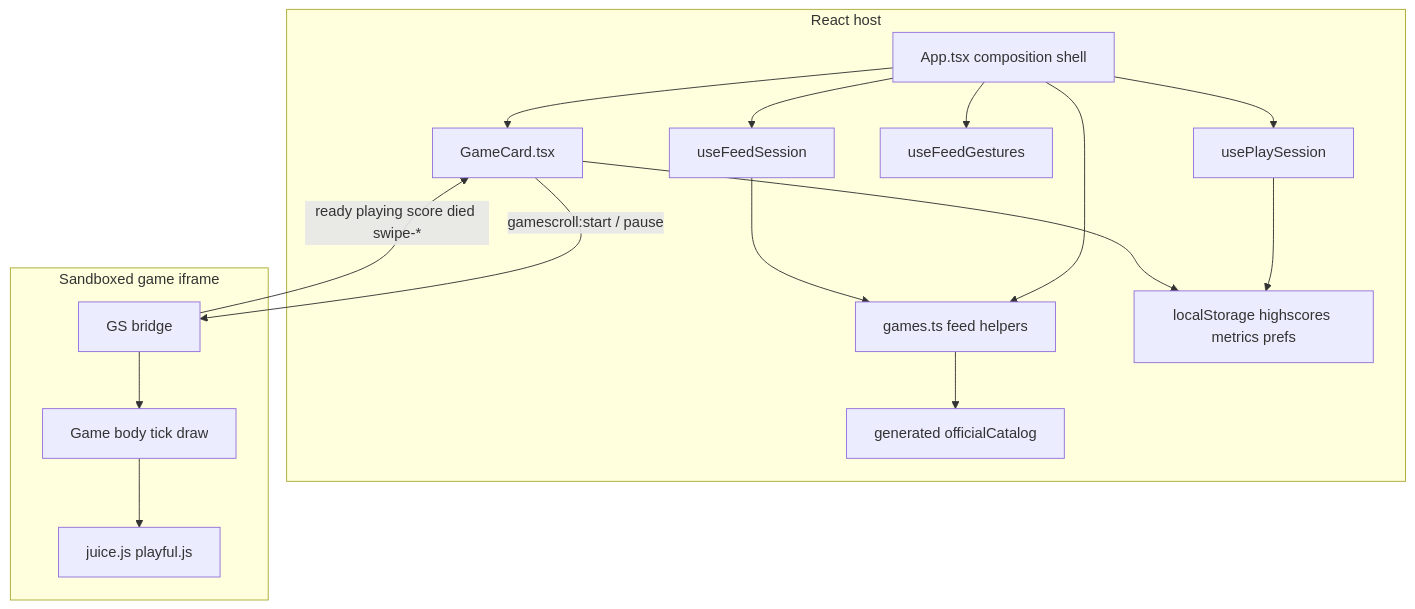
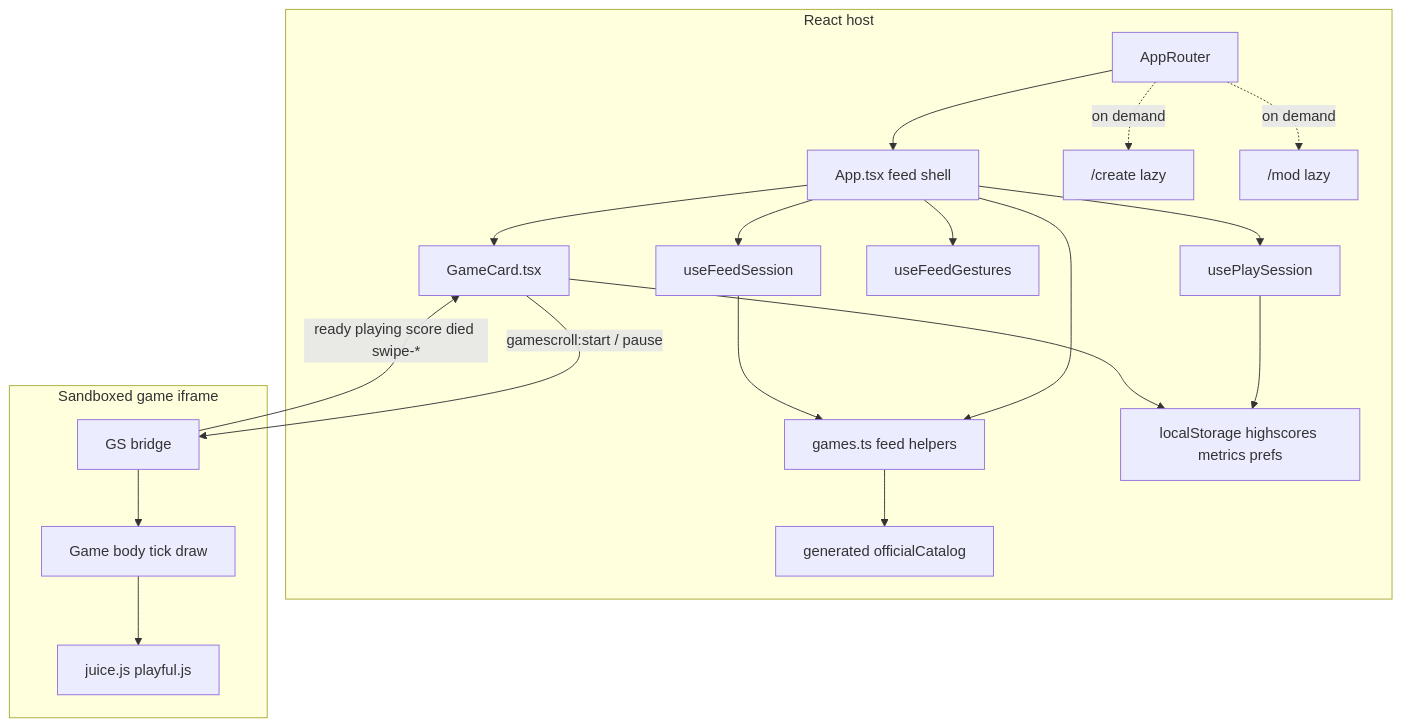
Before and after one commit to dasali-jenario/gamescroll: the diagram in docs/WEBAPP.md, drawn with Mermaid. The commit also changed other lines of this file and 10 other files, not shown here.

First line of the commit message:
Code-split Create/Mod and speed UGC feed boot.

````diff
--- a/docs/WEBAPP.md
+++ b/docs/WEBAPP.md
@@ -45,33 +45,39 @@
 ```mermaid
 flowchart TB
   subgraph host [React host]
-    App[App.tsx composition shell]
+    Router[AppRouter]
+    App[App.tsx feed shell]
     Feed[useFeedSession]
     Play[usePlaySession]
     Gestures[useFeedGestures]
     Card[GameCard.tsx]
     Catalog[generated officialCatalog]
     GamesMod[games.ts feed helpers]
+    Create["/create lazy"]
+    Mod["/mod lazy"]
     Store[localStorage highscores metrics prefs]
+    Router --> App
+    Router -.->|on demand| Create
+    Router -.->|on demand| Mod
     App --> Feed
     App --> Play
     App --> Gestures
     App --> Card
     App --> GamesMod
     GamesMod --> Catalog
     Feed --> GamesMod
     Play --> Store
     Card --> Store
   end
 
   subgraph iframe [Sandboxed game iframe]
     Bridge[GS bridge]
     Body[Game body tick draw]
     Juice[juice.js playful.js]
     Bridge --> Body
     Body --> Juice
   end
 
   Card -->|"gamescroll:start / pause"| Bridge
   Bridge -->|"ready playing score died swipe-*"| Card
 ```
````
